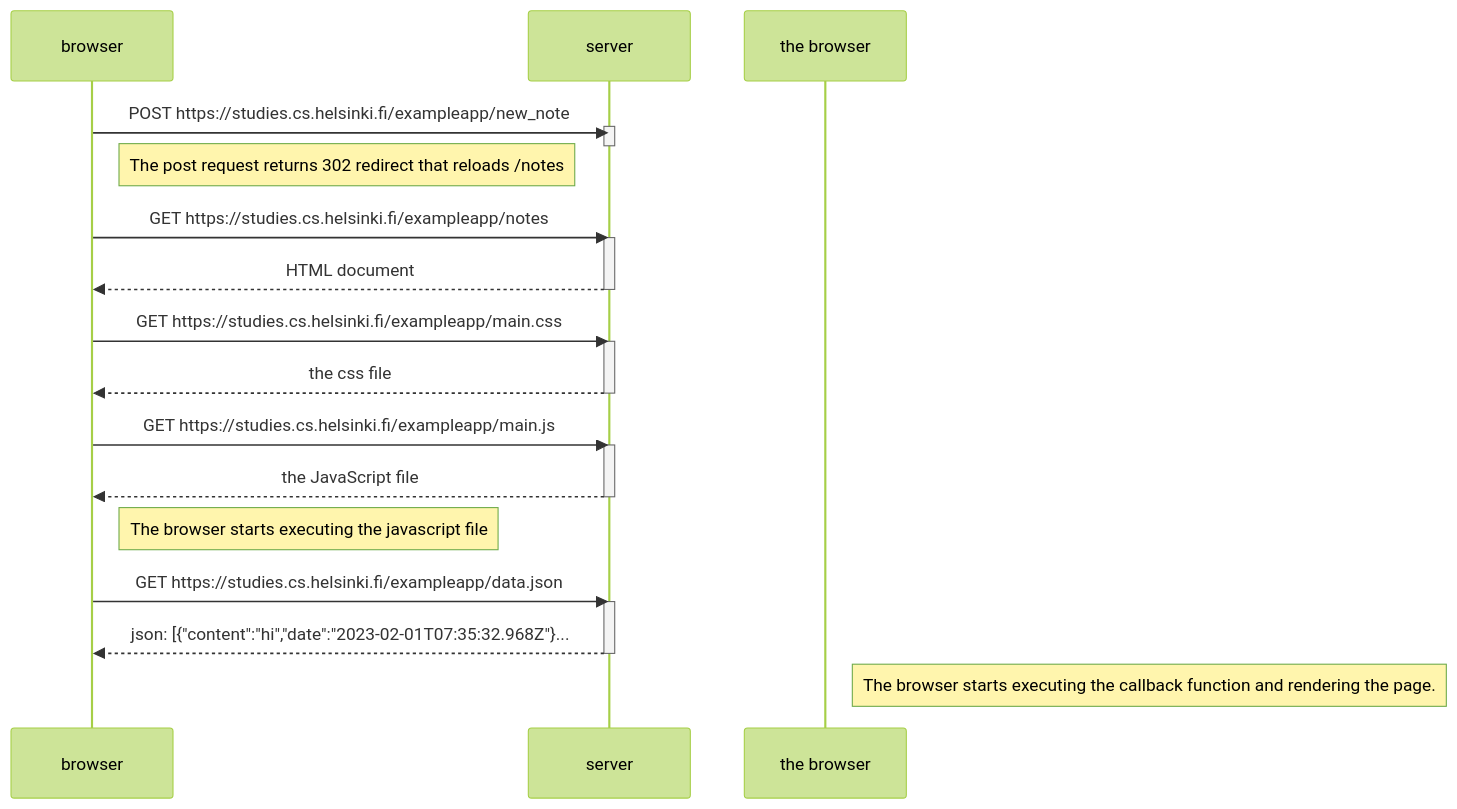
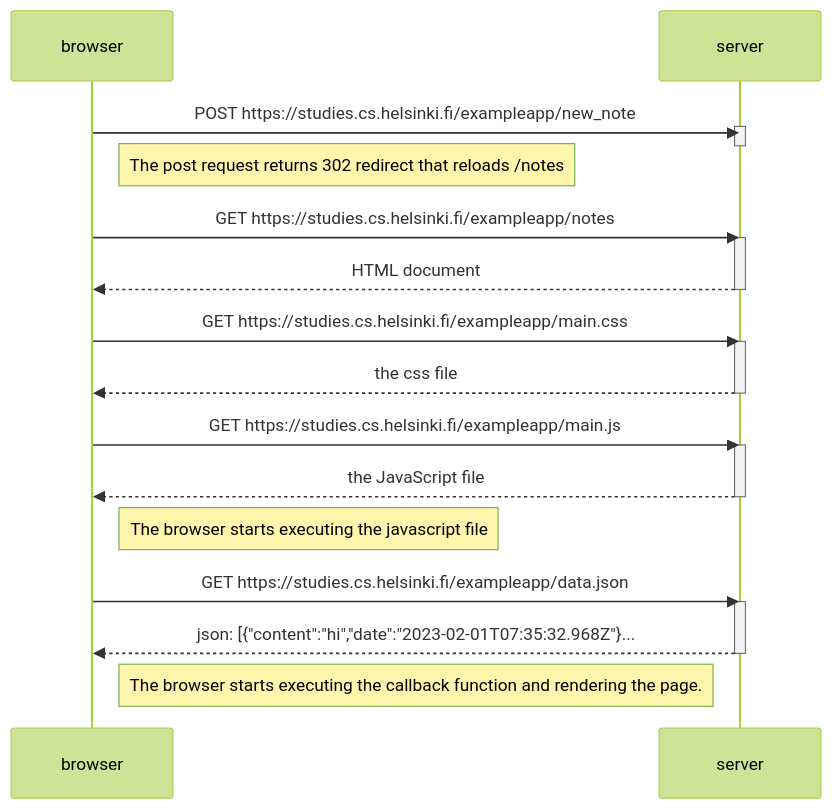
One commit to Hontunen/palautusrepositorio changed the diagram in osa0/0.4.md. Above: the diagram before and after it, drawn with Mermaid (forest theme).

Commit message:
Korjattiin järjestystä

````diff
--- a/osa0/0.4.md
+++ b/osa0/0.4.md
@@ -1,41 +1,41 @@
 ```mermaid
 
 sequenceDiagram
     participant browser
     participant server
     
     browser->>server: POST https://studies.cs.helsinki.fi/exampleapp/new_note
     activate server
     deactivate server
 
     Note right of browser: The post request returns 302 redirect that reloads /notes
     
     browser->>server: GET https://studies.cs.helsinki.fi/exampleapp/notes
     activate server
     server-->>browser: HTML document
     deactivate server
     
     browser->>server: GET https://studies.cs.helsinki.fi/exampleapp/main.css
     activate server
     server-->>browser: the css file
     deactivate server
     
     
     browser->>server:  GET https://studies.cs.helsinki.fi/exampleapp/main.js
     activate server
     server-->>browser:  the JavaScript file
     deactivate server 
        
     Note right of browser: The browser starts executing the javascript file 
 
     
     browser->>server:  GET https://studies.cs.helsinki.fi/exampleapp/data.json
     activate server
     server-->>browser:  json: [{"content":"hi","date":"2023-02-01T07:35:32.968Z"}...
     deactivate server   
     
-    Note right of the browser: The browser starts executing the callback function and rendering the page. 
+    Note right of browser: The browser starts executing the callback function and rendering the page. 
 
 
 
 ```
````
